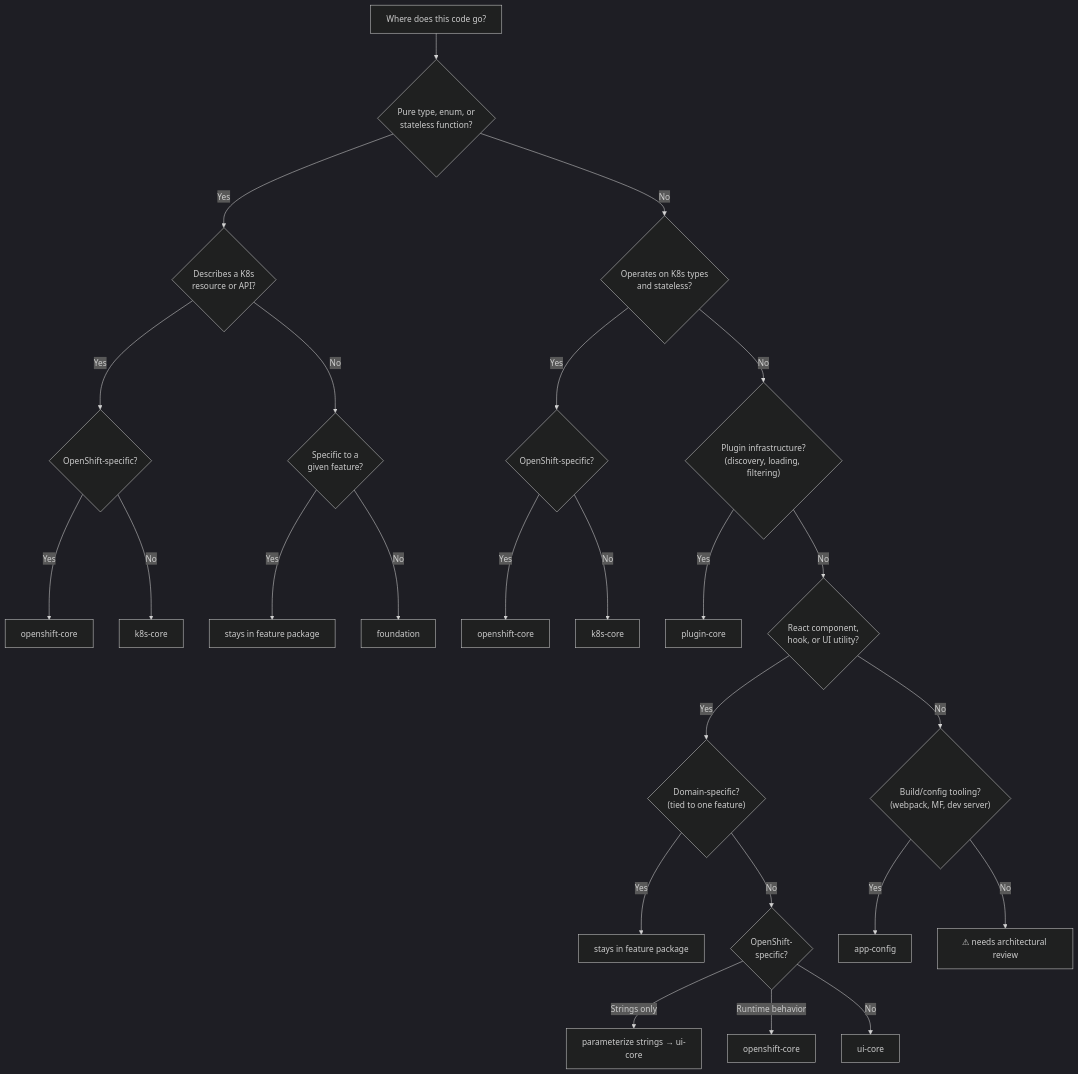
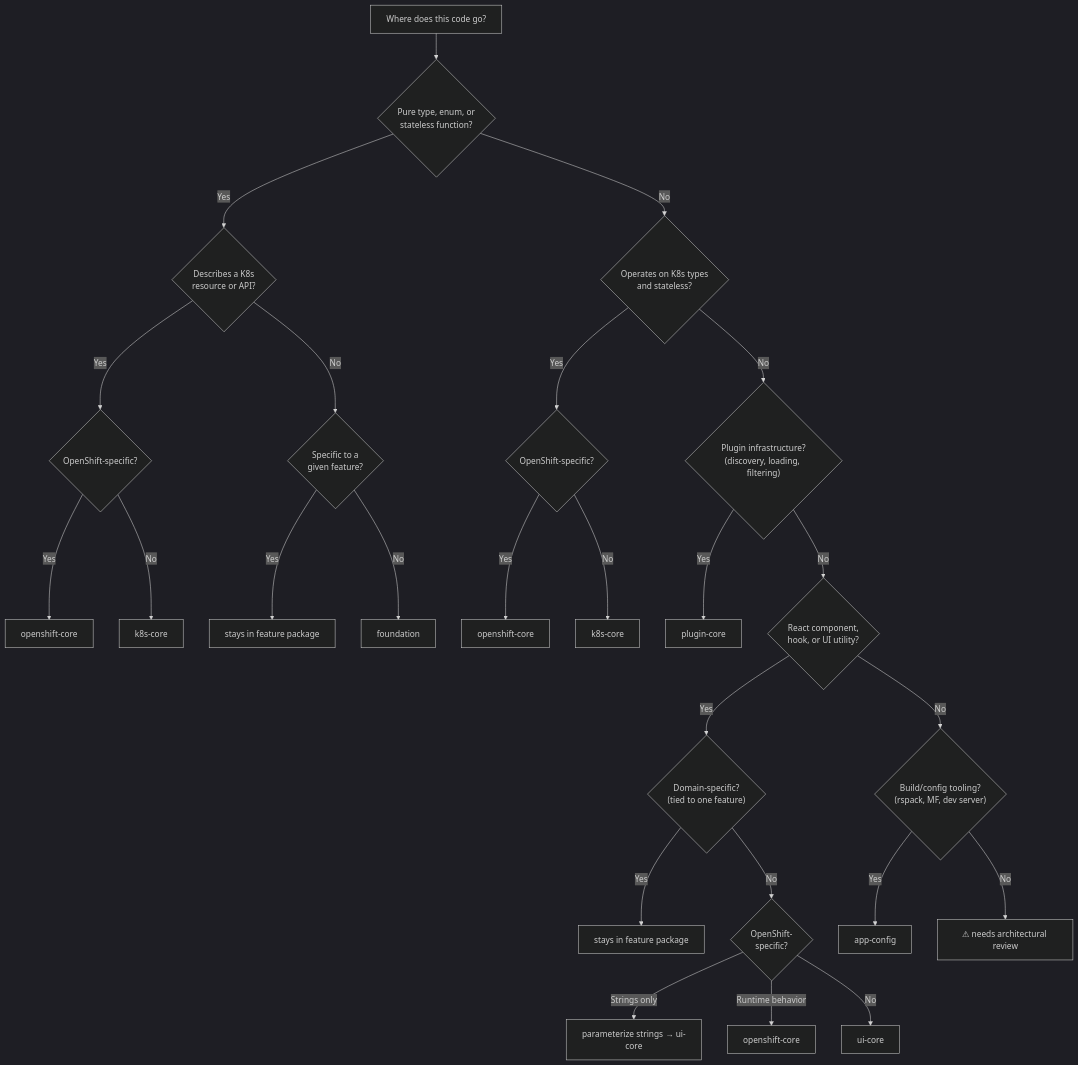
One commit to opendatahub-io/odh-dashboard changed the second of 2 diagrams in docs/package-topology.md. Above: the diagram before and after it, drawn with Mermaid (dark theme). The commit also changed other lines of this file and 65 other files, not shown here.

````diff
--- a/docs/package-topology.md
+++ b/docs/package-topology.md
@@ -150,31 +150,31 @@
 ```mermaid
 flowchart TD
     start["Where does this code go?"] --> q2{"Pure type, enum, or\nstateless function?"}
 
     q2 -->|Yes| q3{"Describes a K8s\nresource or API?"}
     q3 -->|Yes| q3a{"OpenShift-specific?"}
     q3a -->|Yes| occore1["openshift-core"]
     q3a -->|No| k8s1["k8s-core"]
     q3 -->|No| q4{"Specific to a\ngiven feature?"}
     q4 -->|Yes| consume["stays in feature package"]
     q4 -->|No| found["foundation"]
 
     q2 -->|No| q5{"Operates on K8s types\nand stateless?"}
     q5 -->|Yes| q5a{"OpenShift-specific?"}
     q5a -->|Yes| occore2["openshift-core"]
     q5a -->|No| k8s2["k8s-core"]
     q5 -->|No| q6{"Plugin infrastructure?\n(discovery, loading, filtering)"}
     q6 -->|Yes| plugin["plugin-core"]
     q6 -->|No| q7{"React component,\nhook, or UI utility?"}
 
     q7 -->|Yes| q8{"Domain-specific?\n(tied to one feature)"}
     q8 -->|Yes| feature["stays in feature package"]
     q8 -->|No| q9{"OpenShift-\nspecific?"}
     q9 -->|"Strings only"| param["parameterize strings → ui-core"]
     q9 -->|"Runtime behavior"| occore3["openshift-core"]
     q9 -->|No| uicore["ui-core"]
 
-    q7 -->|No| q10{"Build/config tooling?\n(webpack, MF, dev server)"}
+    q7 -->|No| q10{"Build/config tooling?\n(rspack, MF, dev server)"}
     q10 -->|Yes| appconfig["app-config"]
     q10 -->|No| review["⚠ needs architectural review"]
 ```
````
